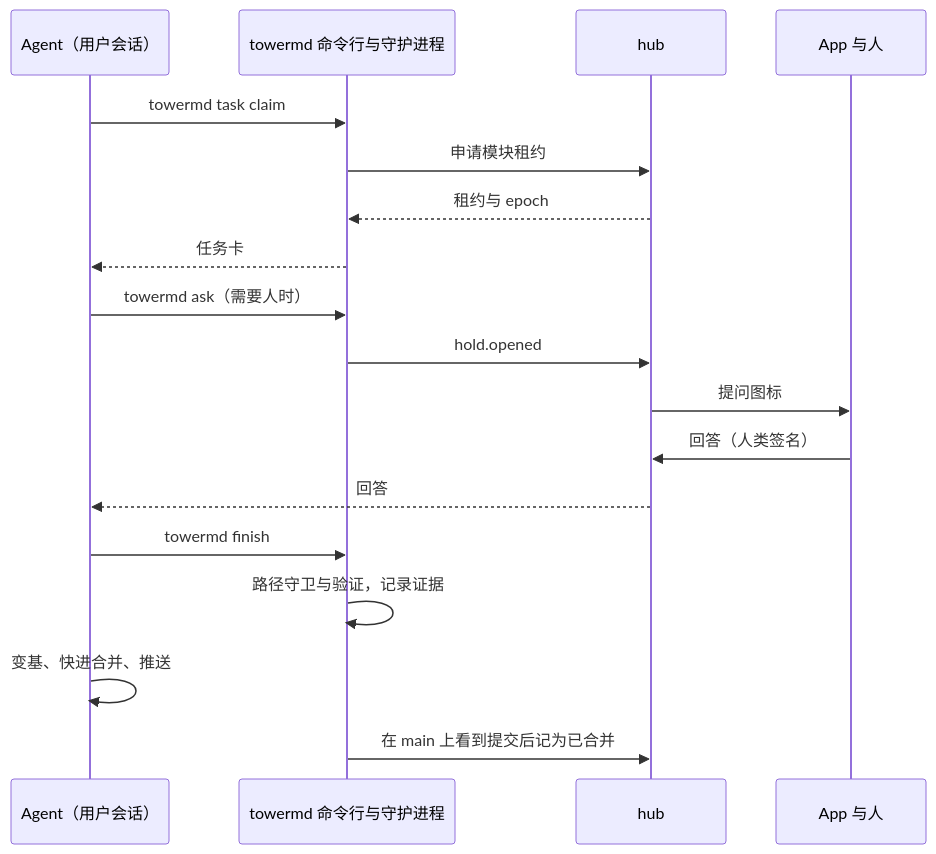
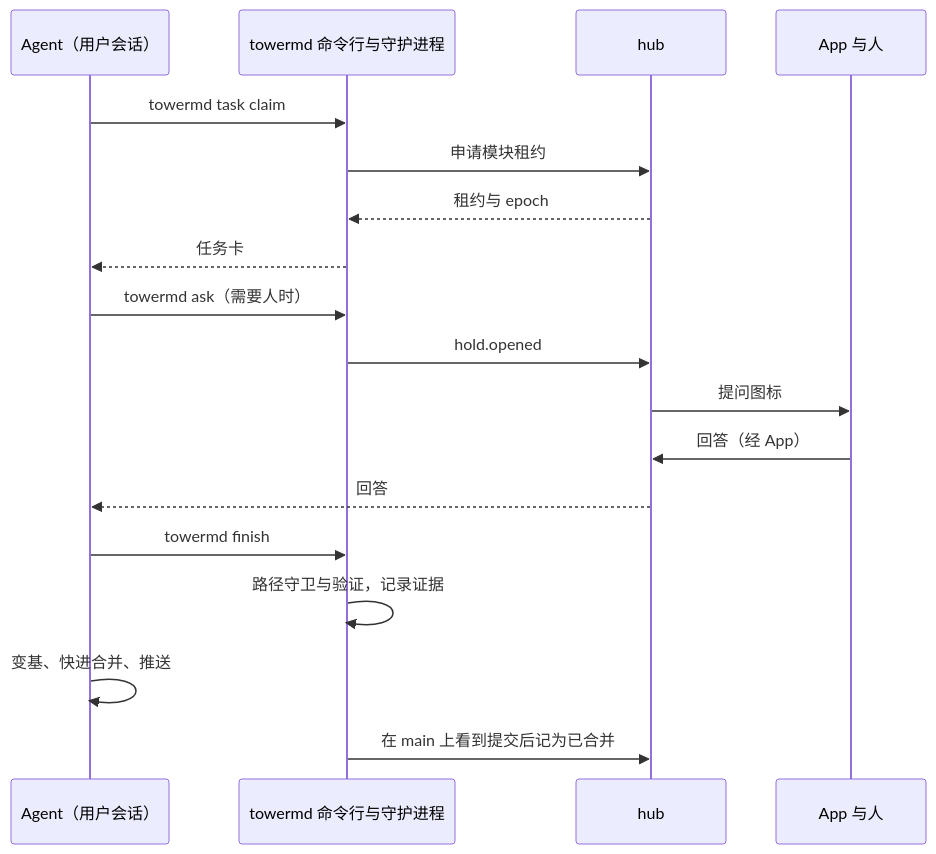
The fifth of 7 diagrams in docs/specs/2026-10-16-spec-towermd-layered-agent-canvas-mvp.md (wizlijun/tower.md), drawn with Mermaid before and after one commit. The commit also changed other lines of this file and 1 other file, not shown here.

````diff
--- a/docs/specs/2026-10-16-spec-towermd-layered-agent-canvas-mvp.md
+++ b/docs/specs/2026-10-16-spec-towermd-layered-agent-canvas-mvp.md
@@ -730,20 +733,20 @@
 ```mermaid
 sequenceDiagram
   participant A as Agent（用户会话）
   participant C as towermd 命令行与守护进程
   participant H as hub
   participant U as App 与人
   A->>C: towermd task claim
   C->>H: 申请模块租约
   H-->>C: 租约与 epoch
   C-->>A: 任务卡
   A->>C: towermd ask（需要人时）
   C->>H: hold.opened
   H->>U: 提问图标
-  U->>H: 回答（人类签名）
+  U->>H: 回答（经 App）
   H-->>A: 回答
   A->>C: towermd finish
   C->>C: 路径守卫与验证，记录证据
   A->>A: 变基、快进合并、推送
   C->>H: 在 main 上看到提交后记为已合并
 ```
````
